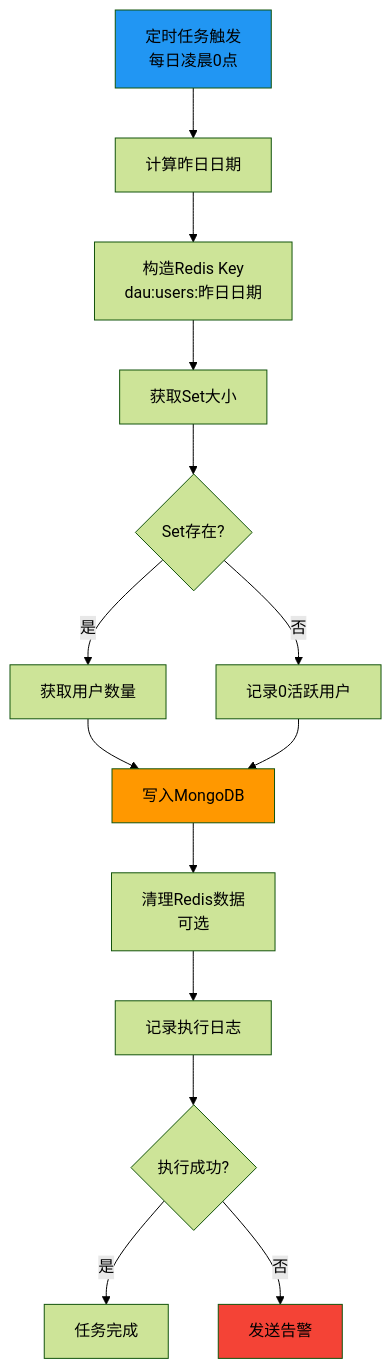
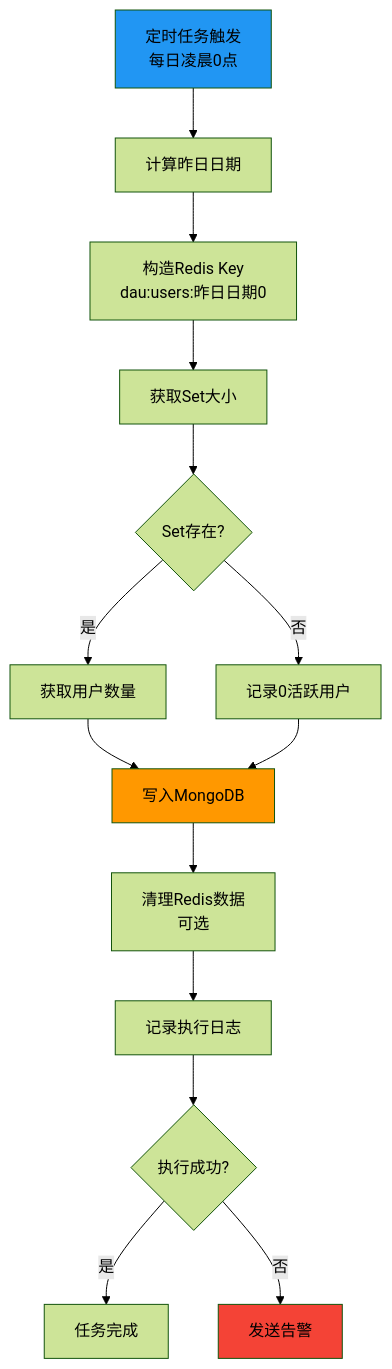
The diagram in all/未命名-77.md (yingjianzh/iodraw-files), drawn with Mermaid (forest theme) before and after one commit.

Commit message:
2025-07-08 14:01:43 update

````diff
--- a/all/未命名-77.md
+++ b/all/未命名-77.md
@@ -1,20 +1,20 @@
 ```mermaid
 flowchart TD
     A[定时任务触发<br/>每日凌晨0点] --> B[计算昨日日期]
-    B --> C[构造Redis Key<br/>dau:users:昨日日期]
+    B --> C[构造Redis Key<br/>dau:users:昨日日期0]
     C --> D[获取Set大小]
     D --> E{Set存在?}
     E -->|否| F[记录0活跃用户]
     E -->|是| G[获取用户数量]
     G --> H[写入MongoDB]
     F --> H
     H --> I[清理Redis数据<br/>可选]
     I --> J[记录执行日志]
     J --> K{执行成功?}
     K -->|是| L[任务完成]
     K -->|否| M[发送告警]
     
     style A fill:#2196f3
     style H fill:#ff9800
     style M fill:#f44336
 ```
````
